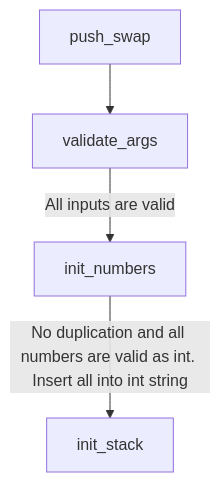
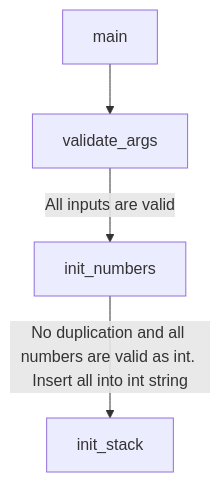
The diagram in README.md (itkimura/Push_swap_42), drawn with Mermaid before and after one commit. The commit also changed other lines of this file, not shown here.

````diff
--- a/README.md
+++ b/README.md
@@ -39,6 +39,6 @@
 ```mermaid
   graph TD;
-      push_swap-->validate_args;
+      main-->validate_args;
       validate_args-->|All inputs are valid|init_numbers;
       init_numbers-->|No duplication and all numbers are valid as int. Insert all into int string |init_stack;
 ```
````
